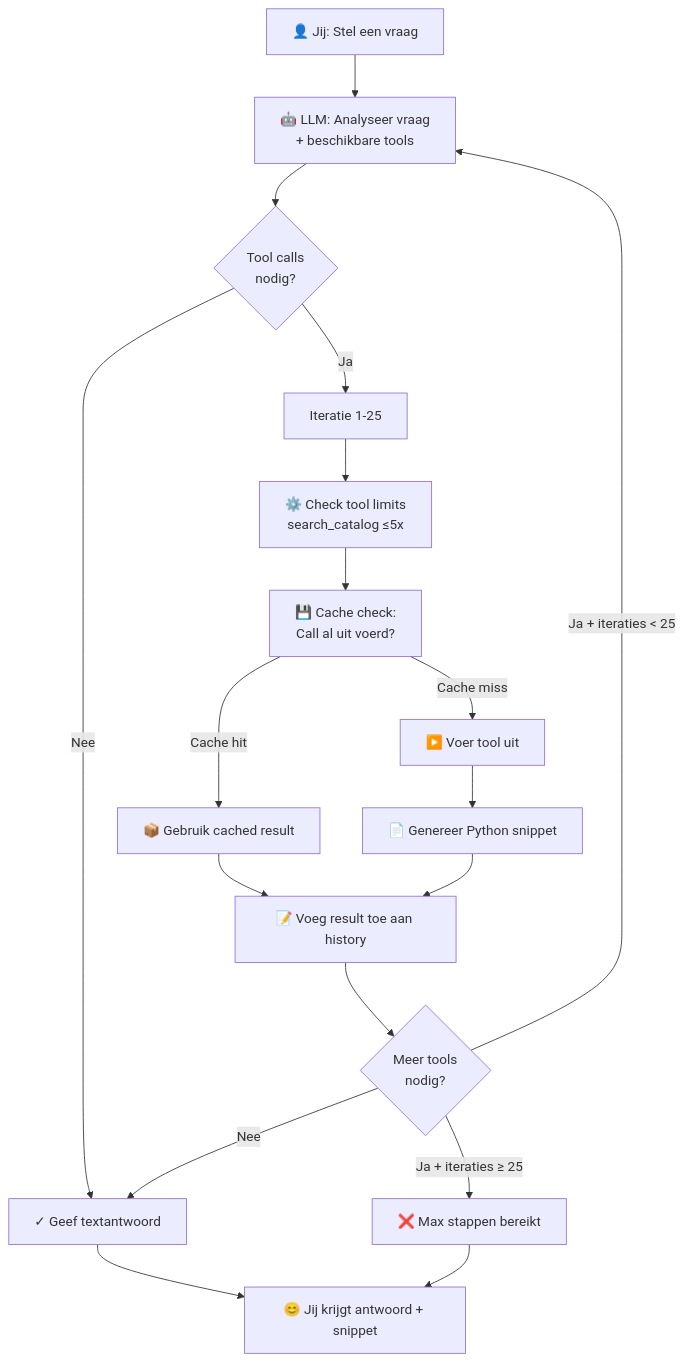
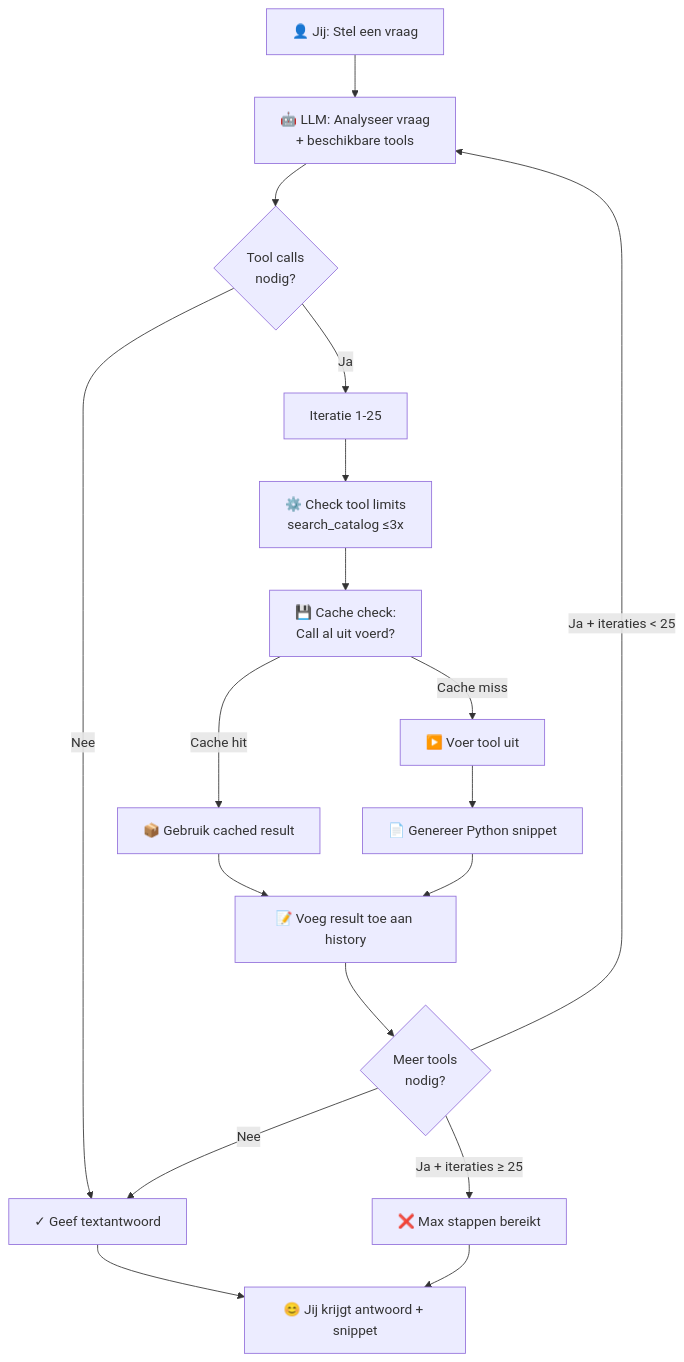
One commit to cedanl/onderwijsdata-chat changed the first of 6 diagrams in docs/tools.md. Above: the diagram before and after it, drawn with Mermaid. The commit also changed other lines of this file and 1 other file, not shown here.

First line of the commit message:
docs(tools): de zoeklimiet van search_catalog is 3, niet 5

````diff
--- a/docs/tools.md
+++ b/docs/tools.md
@@ -26,25 +26,25 @@
 ```mermaid
 flowchart TD
     Start["👤 Jij: Stel een vraag"] --> LLM["🤖 LLM: Analyseer vraag<br/>+ beschikbare tools"]
     LLM --> Decision1{Tool calls<br/>nodig?}
     
     Decision1 -->|Nee| FinalAnswer["✓ Geef textantwoord"]
     FinalAnswer --> End["😊 Jij krijgt antwoord + snippet"]
     
     Decision1 -->|Ja| Iterate["Iteratie 1-25"]
-    Iterate --> CheckLimit["⚙️ Check tool limits<br/>search_catalog ≤5x"]
+    Iterate --> CheckLimit["⚙️ Check tool limits<br/>search_catalog ≤3x"]
     CheckLimit --> CheckCache["💾 Cache check:<br/>Call al uit voerd?"]
     
     CheckCache -->|Cache hit| ReturnCached["📦 Gebruik cached result"]
     CheckCache -->|Cache miss| Execute["▶️ Voer tool uit"]
     
     ReturnCached --> AddToHistory["📝 Voeg result toe aan history"]
     Execute --> GenerateSnippet["📄 Genereer Python snippet"]
     GenerateSnippet --> AddToHistory
     
     AddToHistory --> NextIter{Meer tools<br/>nodig?}
     NextIter -->|Ja + iteraties < 25| LLM
     NextIter -->|Ja + iteraties ≥ 25| ErrorMax["❌ Max stappen bereikt"]
     ErrorMax --> End
     NextIter -->|Nee| FinalAnswer
 ```
````
